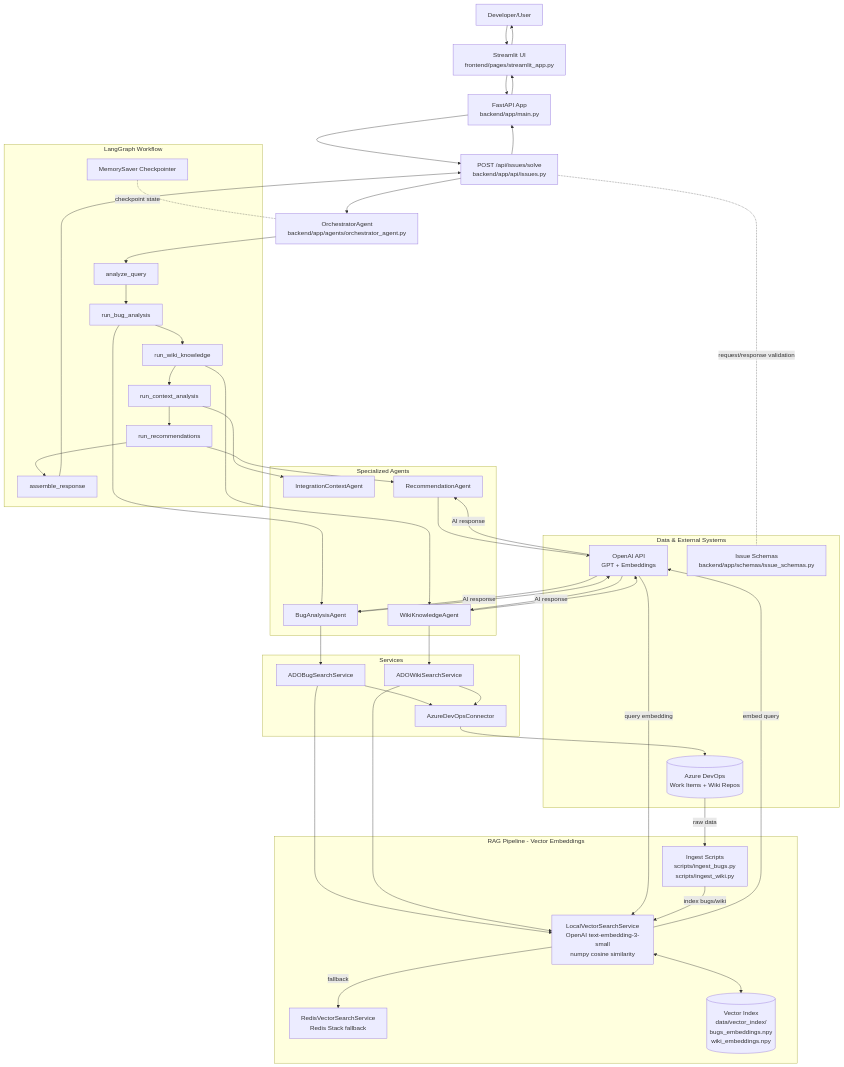
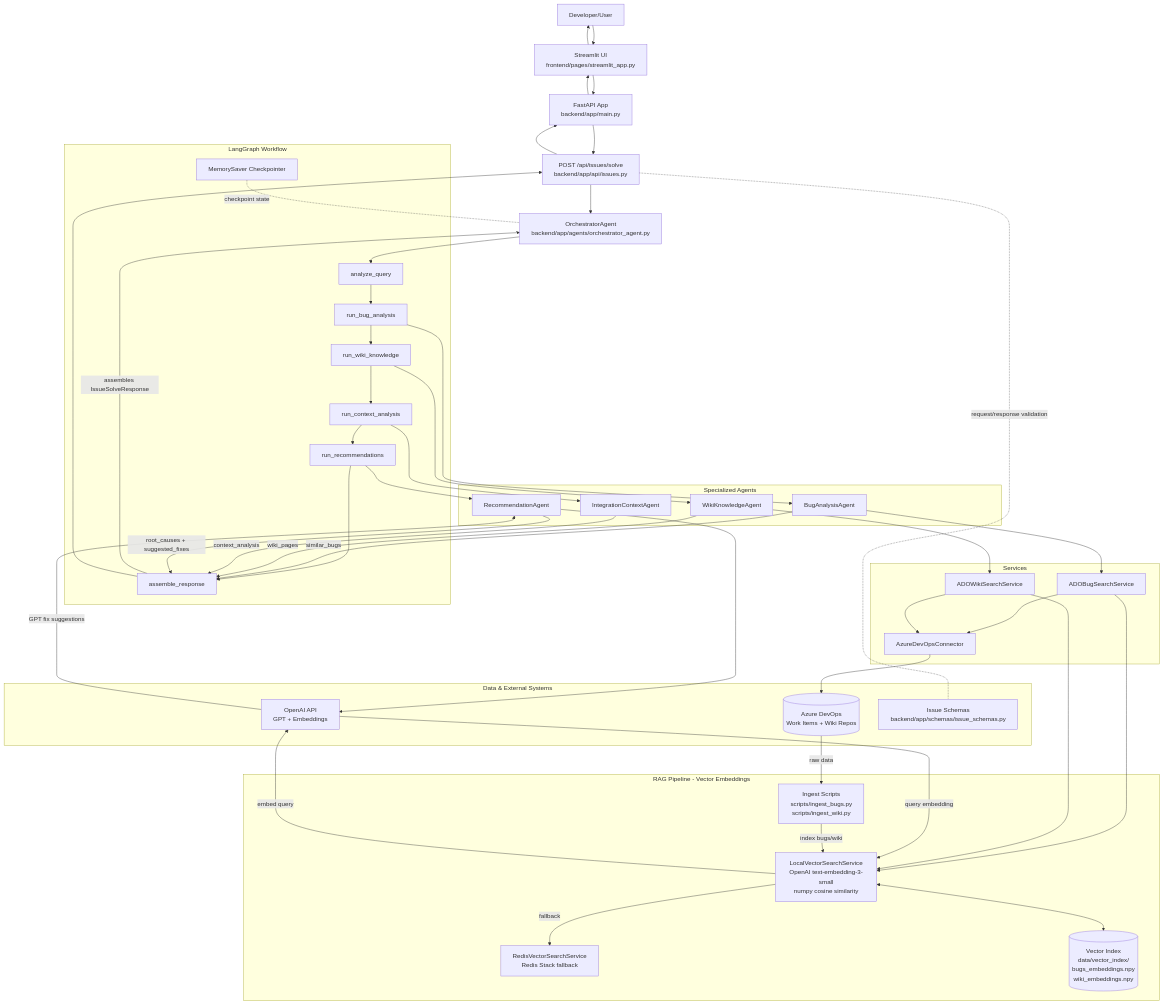
The diagram in README.md (mbighane/ErrorLens--AI-Powered-Issue-Advisor), drawn with Mermaid before and after one commit. The commit also changed 1 other file, not shown here.

Commit message:
Show agent result collection and final response assembly by OrchestratorAgent

````diff
--- a/README.md
+++ b/README.md
@@ -168,74 +168,76 @@
 ```mermaid
 graph TB
   U[Developer/User]
   ST[Streamlit UI<br/>frontend/pages/streamlit_app.py]
   API[FastAPI App<br/>backend/app/main.py]
   EP[POST /api/issues/solve<br/>backend/app/api/issues.py]
   ORCH[OrchestratorAgent<br/>backend/app/agents/orchestrator_agent.py]
 
   subgraph LG[LangGraph Workflow]
     N1[analyze_query]
     N2[run_bug_analysis]
     N3[run_wiki_knowledge]
     N4[run_context_analysis]
     N5[run_recommendations]
     N6[assemble_response]
     CP[MemorySaver Checkpointer]
   end
 
   subgraph AG[Specialized Agents]
     BA[BugAnalysisAgent]
     WA[WikiKnowledgeAgent]
     CA[IntegrationContextAgent]
     RA[RecommendationAgent]
   end
 
   subgraph SV[Services]
     BS[ADOBugSearchService]
     WS[ADOWikiSearchService]
     ADOC[AzureDevOpsConnector]
   end
 
   subgraph RAG[RAG Pipeline - Vector Embeddings]
     LV[LocalVectorSearchService<br/>OpenAI text-embedding-3-small<br/>numpy cosine similarity]
     RV[RedisVectorSearchService<br/>Redis Stack fallback]
     VI[(Vector Index<br/>data/vector_index/<br/>bugs_embeddings.npy<br/>wiki_embeddings.npy)]
     ING[Ingest Scripts<br/>scripts/ingest_bugs.py<br/>scripts/ingest_wiki.py]
   end
 
   subgraph DM[Data & External Systems]
     ADO[(Azure DevOps<br/>Work Items + Wiki Repos)]
     OPENAI[OpenAI API<br/>GPT + Embeddings]
     SC[Issue Schemas<br/>backend/app/schemas/issue_schemas.py]
   end
 
   U --> ST --> API --> EP --> ORCH
   EP -. request/response validation .- SC
 
   ORCH --> N1 --> N2 --> N3 --> N4 --> N5 --> N6
   CP -. checkpoint state .- ORCH
 
   N2 --> BA --> BS
   N3 --> WA --> WS
   N4 --> CA
   N5 --> RA
 
+  BA -- similar_bugs --> N6
+  WA -- wiki_pages --> N6
+  CA -- context_analysis --> N6
+  RA -- root_causes + suggested_fixes --> N6
+  N6 -- assembles IssueSolveResponse --> ORCH
+
   BS --> LV
   WS --> LV
   LV -- embed query --> OPENAI
   OPENAI -- query embedding --> LV
   LV <--> VI
   LV -- fallback --> RV
   BS --> ADOC --> ADO
   WS --> ADOC
   ING -- index bugs/wiki --> LV
   ADO -- raw data --> ING
 
-  BA --> OPENAI
-  WA --> OPENAI
   RA --> OPENAI
-  OPENAI -- AI response --> BA
-  OPENAI -- AI response --> WA
-  OPENAI -- AI response --> RA
+  OPENAI -- GPT fix suggestions --> RA
   N6 --> EP --> API --> ST --> U
 ```
````
